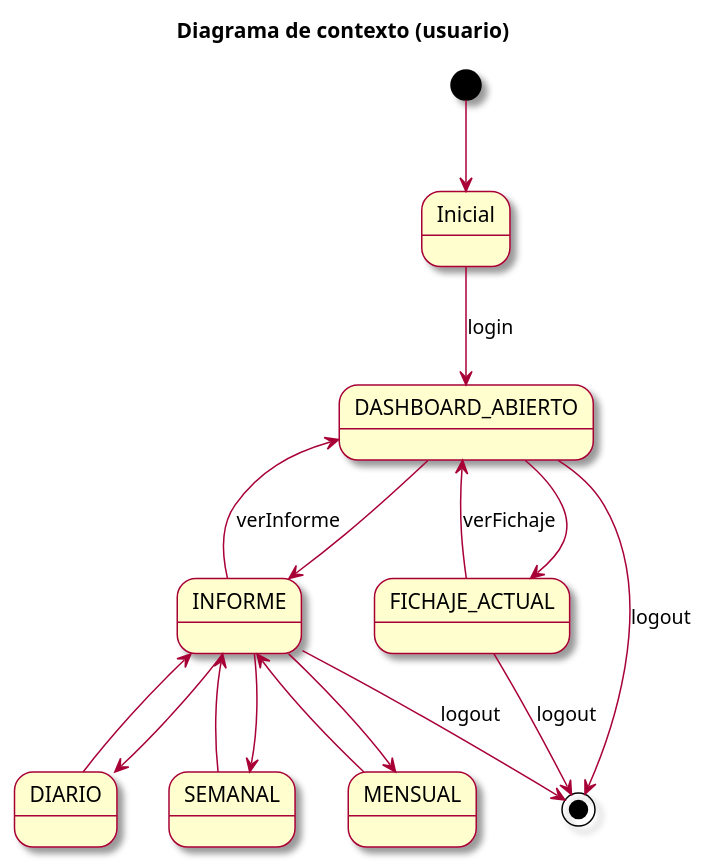
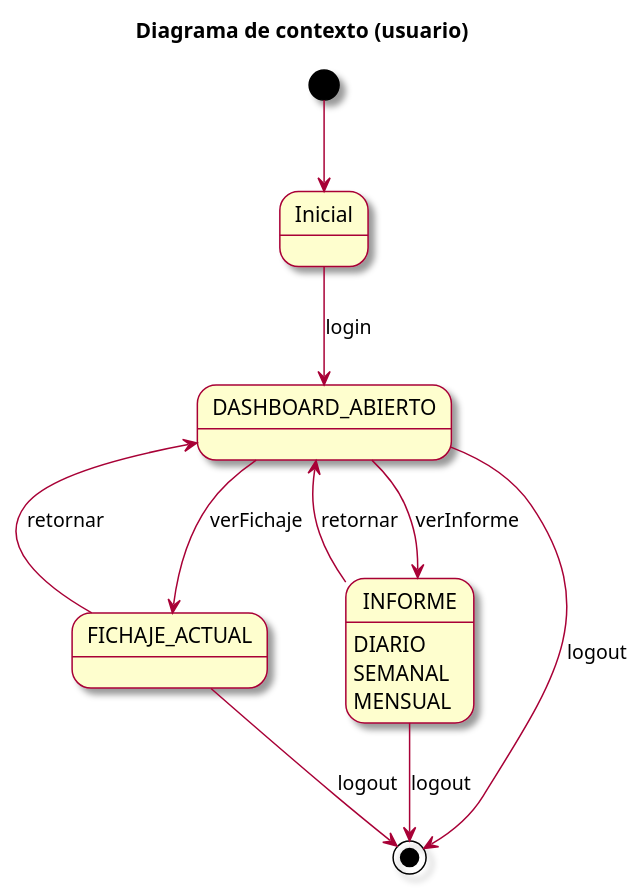
One commit to mmasias/23-24-IdSw1-SDR changed the diagram in modelosUML/casosDeUso/diagramaContexto(usuario).puml. Above: the diagram before and after it, drawn with PlantUML. The commit also changed 1 other file, not shown here.

Commit message:
diagrama de contexto de usuario actualizado

```diff
--- a/modelosUML/casosDeUso/diagramaContexto(usuario).puml
+++ b/modelosUML/casosDeUso/diagramaContexto(usuario).puml
@@ -2,28 +2,23 @@
 @startuml Diagrama Contexto
 
 skin rose
 title Diagrama de contexto (usuario)
 
 [*] -->  Inicial
 
 Inicial -down-> DASHBOARD_ABIERTO: login
 
-DASHBOARD_ABIERTO --> FICHAJE_ACTUAL
-DASHBOARD_ABIERTO --> INFORME
+DASHBOARD_ABIERTO --> FICHAJE_ACTUAL : verFichaje
+DASHBOARD_ABIERTO --> INFORME : verInforme
+INFORME : DIARIO
+INFORME : SEMANAL
+INFORME : MENSUAL 
+DASHBOARD_ABIERTO <-- FICHAJE_ACTUAL : retornar
+DASHBOARD_ABIERTO <-- INFORME : retornar
 
-DASHBOARD_ABIERTO <-- FICHAJE_ACTUAL : verFichaje
-DASHBOARD_ABIERTO <-- INFORME : verInforme
-
-INFORME --> DIARIO
-INFORME --> SEMANAL
-INFORME --> MENSUAL
-
-INFORME <-- DIARIO
-INFORME <-- SEMANAL
-INFORME <-- MENSUAL
 
 DASHBOARD_ABIERTO --> [*] : logout
 FICHAJE_ACTUAL --> [*] : logout
 INFORME --> [*] : logout
 
 @enduml
```
